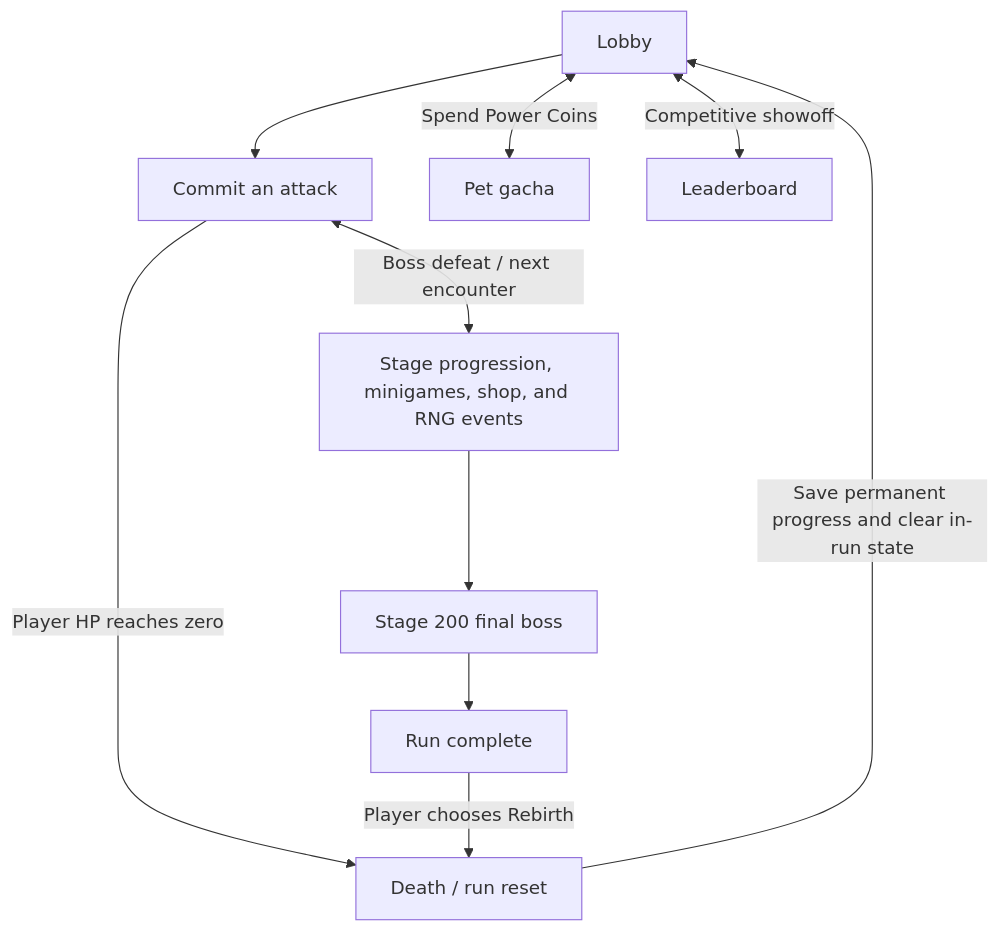
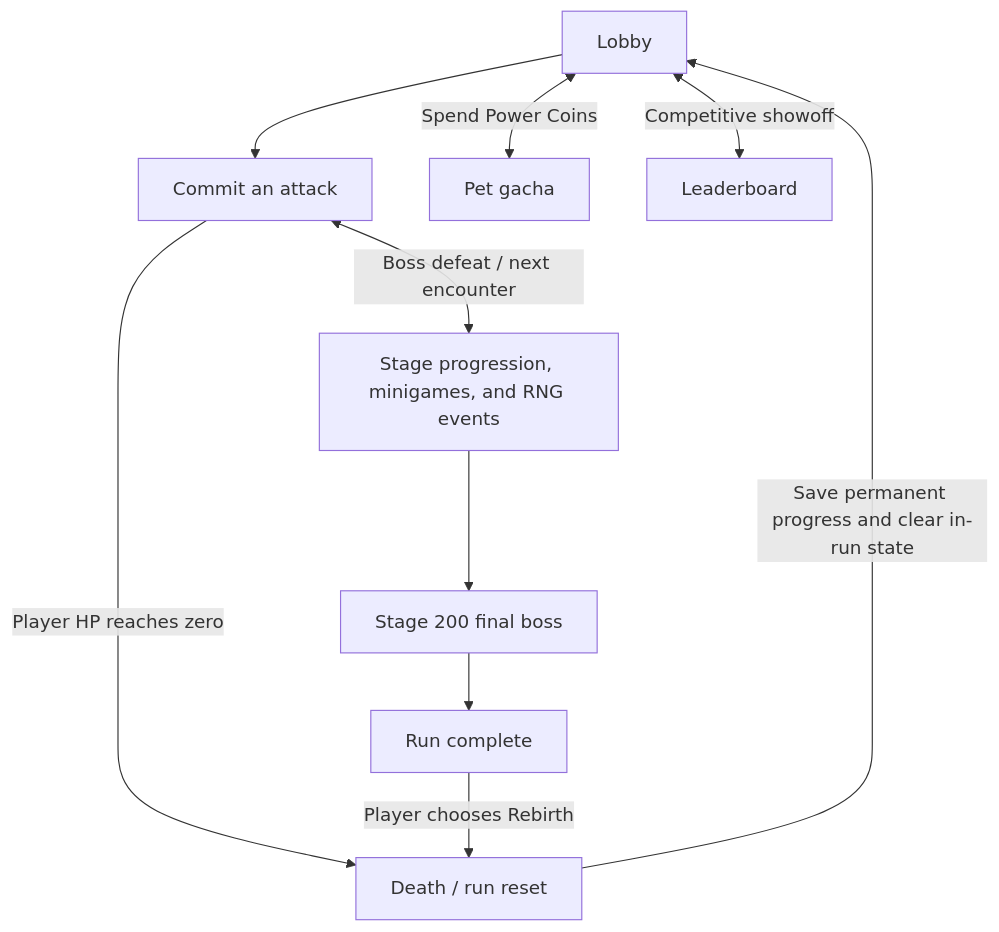
The first of 2 diagrams in Docs_PowerMath/1_Inputs_Templates/GDD_PowerMathProject.md (AescaLiebert/Powermath-app), drawn with Mermaid before and after one commit. The commit also changed other lines of this file and 175 other files, not shown here.

First line of the commit message:
feat(gameplay): expand run progression and stage encounters

````diff
--- a/Docs_PowerMath/1_Inputs_Templates/GDD_PowerMathProject.md
+++ b/Docs_PowerMath/1_Inputs_Templates/GDD_PowerMathProject.md
@@ -32,12 +32,12 @@
 ```mermaid
 flowchart TD
     Lobby["Lobby"] --> Combat["Commit an attack"]
-    Combat <-->|"Boss defeat / next encounter"| Progression["Stage progression, minigames, shop, and RNG events"]
+    Combat <-->|"Boss defeat / next encounter"| Progression["Stage progression, minigames, and RNG events"]
     Progression --> FinalBoss["Stage 200 final boss"]
     Combat -->|"Player HP reaches zero"| End["Death / run reset"]
     FinalBoss --> RunComplete["Run complete"]
     RunComplete -->|"Player chooses Rebirth"| End
     End -->|"Save permanent progress and clear in-run state"| Lobby
     Lobby <-->|"Spend Power Coins"| Gacha["Pet gacha"]
     Lobby <-->|"Competitive showoff"| Leaderboard["Leaderboard"]
 ```
````
